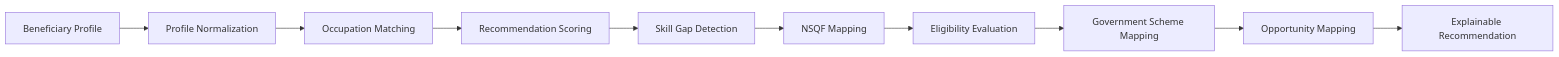
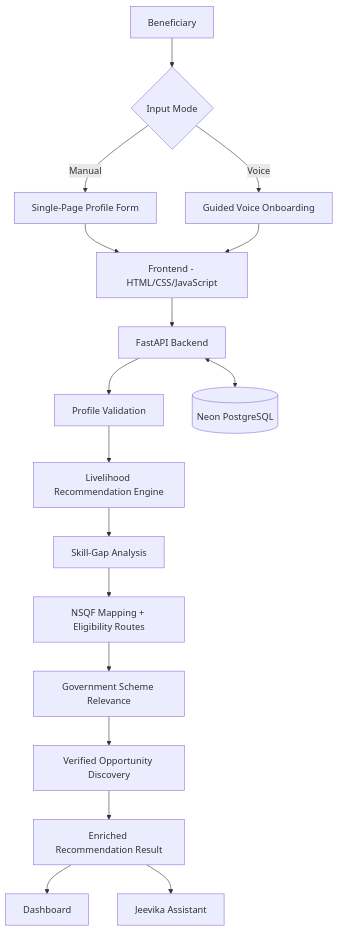
Before and after one commit to Adarsha-o-O/jeevika-ai: the diagram in README.md, drawn with Mermaid. The commit also changed other lines of this file, not shown here.

Commit message:
Update README for current Jeevika AI MVP

````diff
--- a/README.md
+++ b/README.md
@@ -87,12 +310,23 @@
 ```mermaid
-flowchart LR
-    A[Beneficiary Profile] --> B[Profile Normalization]
-    B --> C[Occupation Matching]
-    C --> D[Recommendation Scoring]
-    D --> E[Skill Gap Detection]
-    E --> F[NSQF Mapping]
-    F --> G[Eligibility Evaluation]
-    G --> H[Government Scheme Mapping]
-    H --> I[Opportunity Mapping]
-    I --> J[Explainable Recommendation]
+flowchart TD
+    A[Beneficiary] --> B{Input Mode}
+    B -->|Manual| C[Single-Page Profile Form]
+    B -->|Voice| D[Guided Voice Onboarding]
+
+    C --> E[Frontend - HTML/CSS/JavaScript]
+    D --> E
+
+    E --> F[FastAPI Backend]
+    F --> G[Profile Validation]
+    G --> H[Livelihood Recommendation Engine]
+    H --> I[Skill-Gap Analysis]
+    I --> J[NSQF Mapping + Eligibility Routes]
+    J --> K[Government Scheme Relevance]
+    K --> L[Verified Opportunity Discovery]
+    L --> M[Enriched Recommendation Result]
+
+    M --> N[Dashboard]
+    M --> O[Jeevika Assistant]
+
+    F <--> P[(Neon PostgreSQL)]
 ```
````
